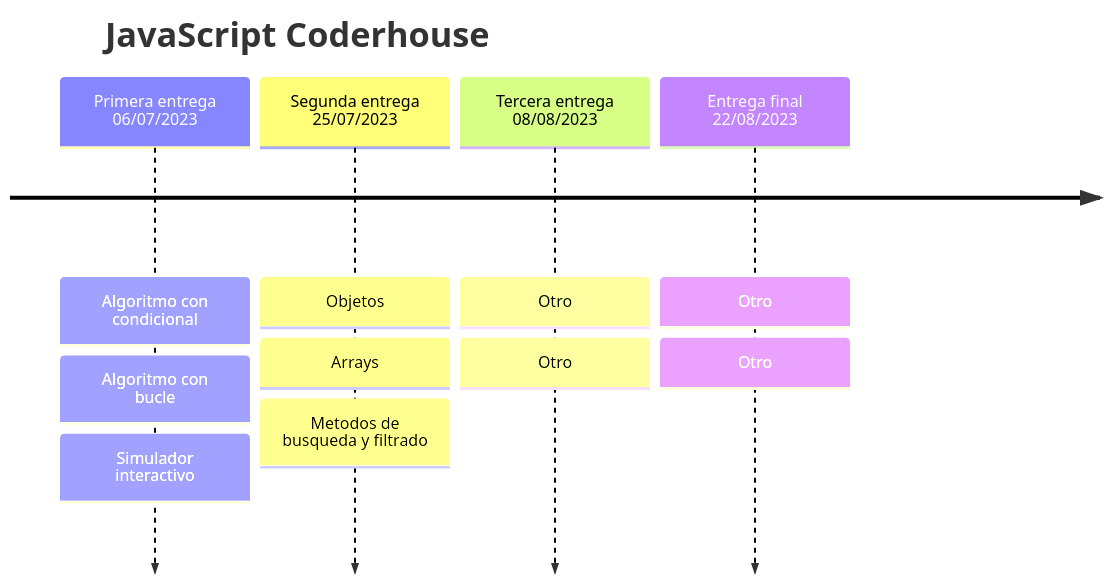
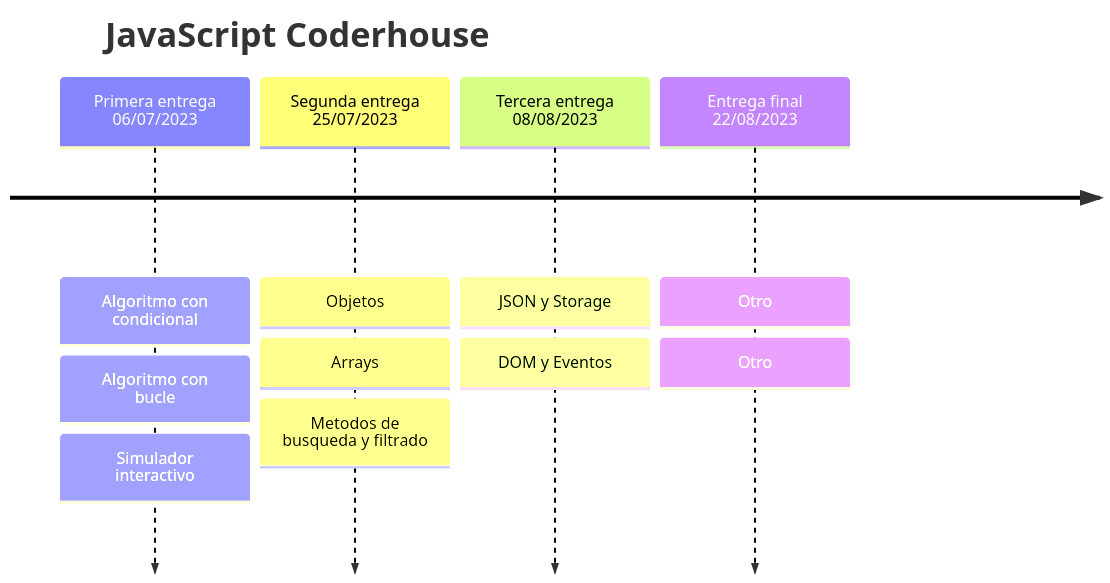
Before and after one commit to agusflores/js-coderhouse: the diagram in README.md, drawn with Mermaid.

````diff
--- a/README.md
+++ b/README.md
@@ -20,8 +20,8 @@
 ``` mermaid
 timeline
     title JavaScript Coderhouse
     Primera entrega 06/07/2023 : Algoritmo con condicional : Algoritmo con bucle : Simulador interactivo
     Segunda entrega 25/07/2023 : Objetos : Arrays : Metodos de busqueda y filtrado 
-    Tercera entrega 08/08/2023 : Otro : Otro
+    Tercera entrega 08/08/2023 : JSON y Storage : DOM y Eventos
     Entrega final 22/08/2023   : Otro : Otro
 ```
````
